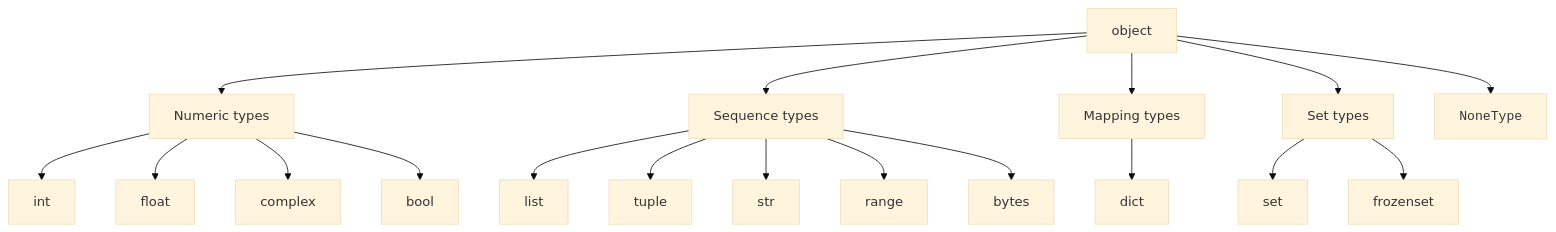
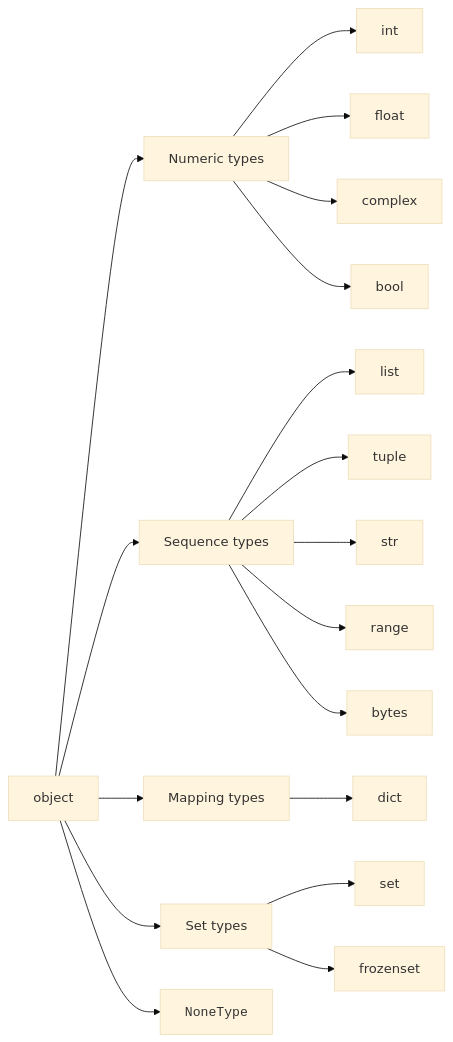
The diagram in content/courses/python-basics/data-types.mdx (dataslope/dataslope), drawn with Mermaid (base theme) before and after one commit. The commit also changed 2180 other files, not shown here.

````diff
--- a/content/courses/python-basics/data-types.mdx
+++ b/content/courses/python-basics/data-types.mdx
@@ -63,24 +69,24 @@
 ```mermaid
-graph TD
+graph LR
     object[object] --> numeric[Numeric types]
     object --> sequence[Sequence types]
     object --> mapping[Mapping types]
     object --> set_types[Set types]
     object --> none["<code>NoneType</code>"]
     
     numeric --> int
     numeric --> float
     numeric --> complex
     numeric --> bool
     
     sequence --> list
     sequence --> tuple
     sequence --> str
     sequence --> range
     sequence --> bytes
     
     mapping --> dict
     
     set_types --> set
     set_types --> frozenset
 ```
````
